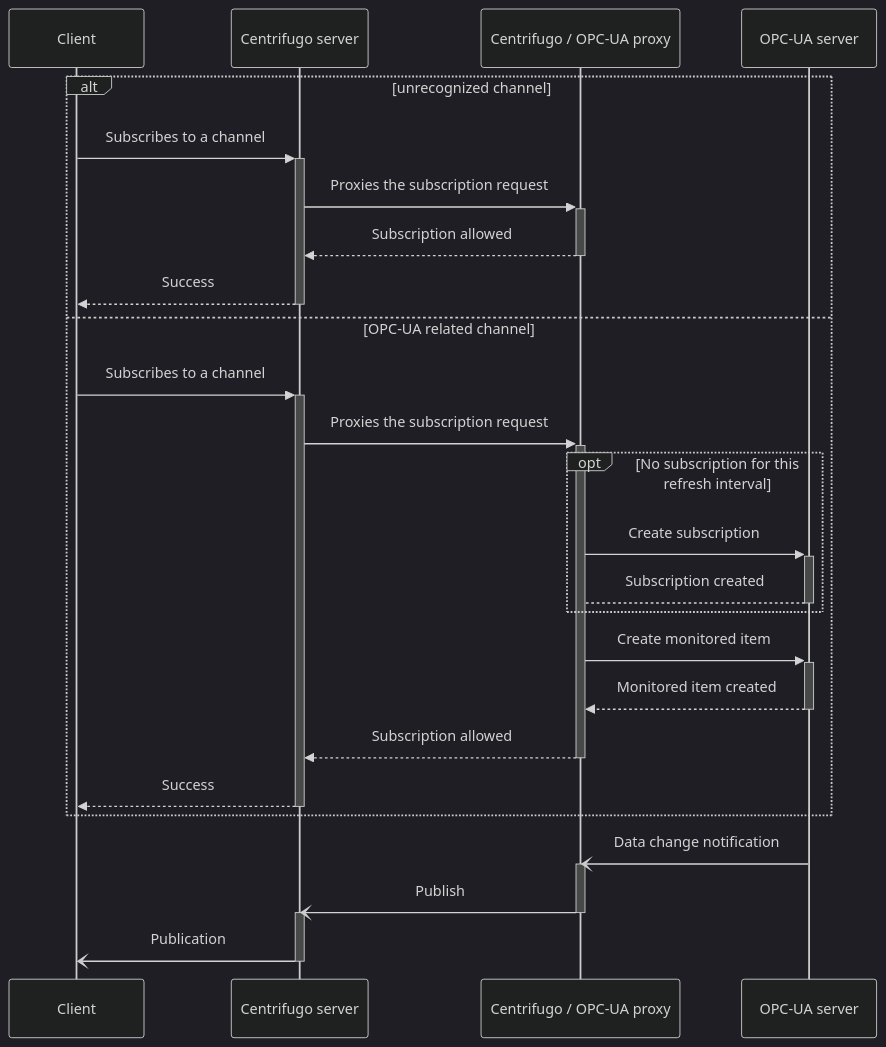
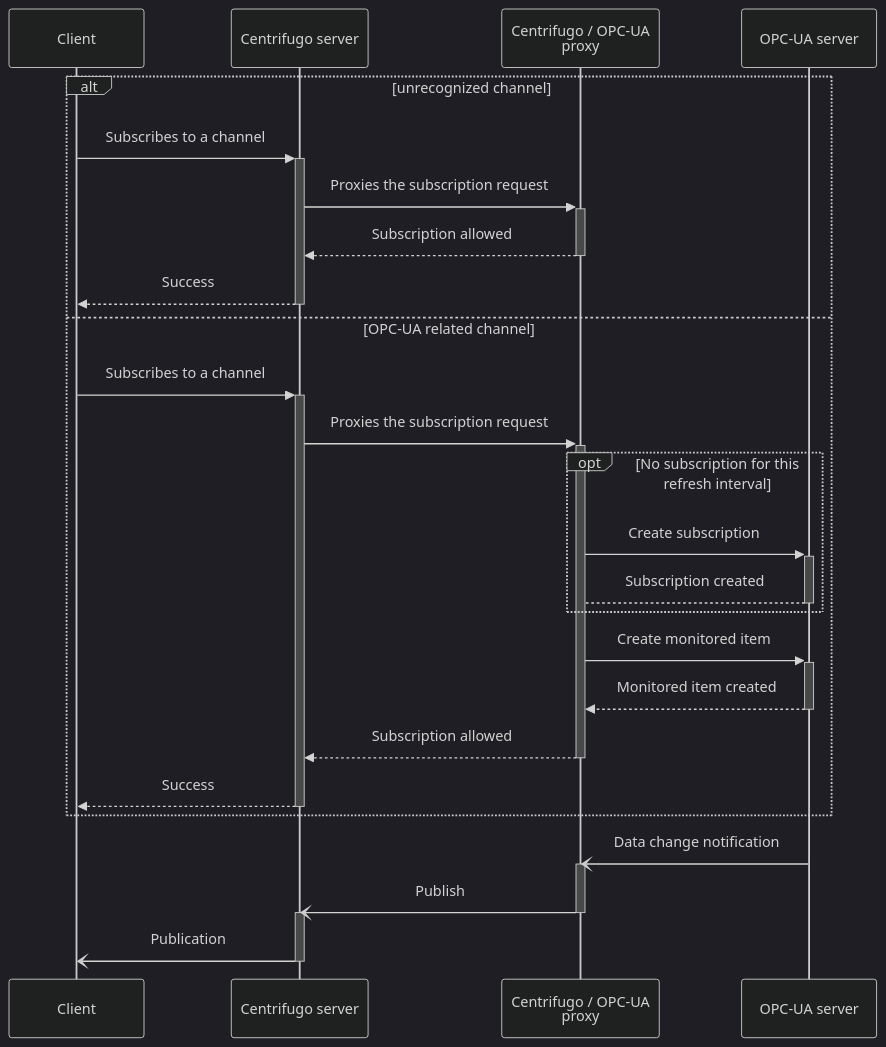
One commit to cailloumajor/opcua-proxy changed the diagram in README.md. Above: the diagram before and after it, drawn with Mermaid (dark theme).

Commit message:
chore: participant layout fix

````diff
--- a/README.md
+++ b/README.md
@@ -21,31 +21,31 @@
 ```mermaid
 sequenceDiagram
     participant Client
     participant Centrifugo as Centrifugo server
-    participant Proxy as Centrifugo / OPC-UA proxy
+    participant Proxy as Centrifugo / OPC-UA<br>proxy
     participant OPCServer as OPC-UA server
     alt unrecognized channel
         Client->>+Centrifugo: Subscribes to a channel
         Centrifugo->>+Proxy: Proxies the subscription request
         Proxy-->>-Centrifugo: Subscription allowed
         Centrifugo-->>-Client: Success
     else OPC-UA related channel
         Client->>+Centrifugo: Subscribes to a channel
         Centrifugo->>+Proxy: Proxies the subscription request
         opt No subscription for this refresh interval
             Proxy->>+OPCServer: Create subscription
             OPCServer-->-Proxy: Subscription created
         end
         Proxy->>+OPCServer: Create monitored item
         OPCServer-->>-Proxy: Monitored item created
         Proxy-->>-Centrifugo: Subscription allowed
         Centrifugo-->>-Client: Success
     end
     OPCServer-)Proxy: Data change notification
     activate Proxy
     Proxy-)Centrifugo: Publish
     deactivate Proxy
     activate Centrifugo
     Centrifugo-)Client: Publication
     deactivate Centrifugo
 ```
````
